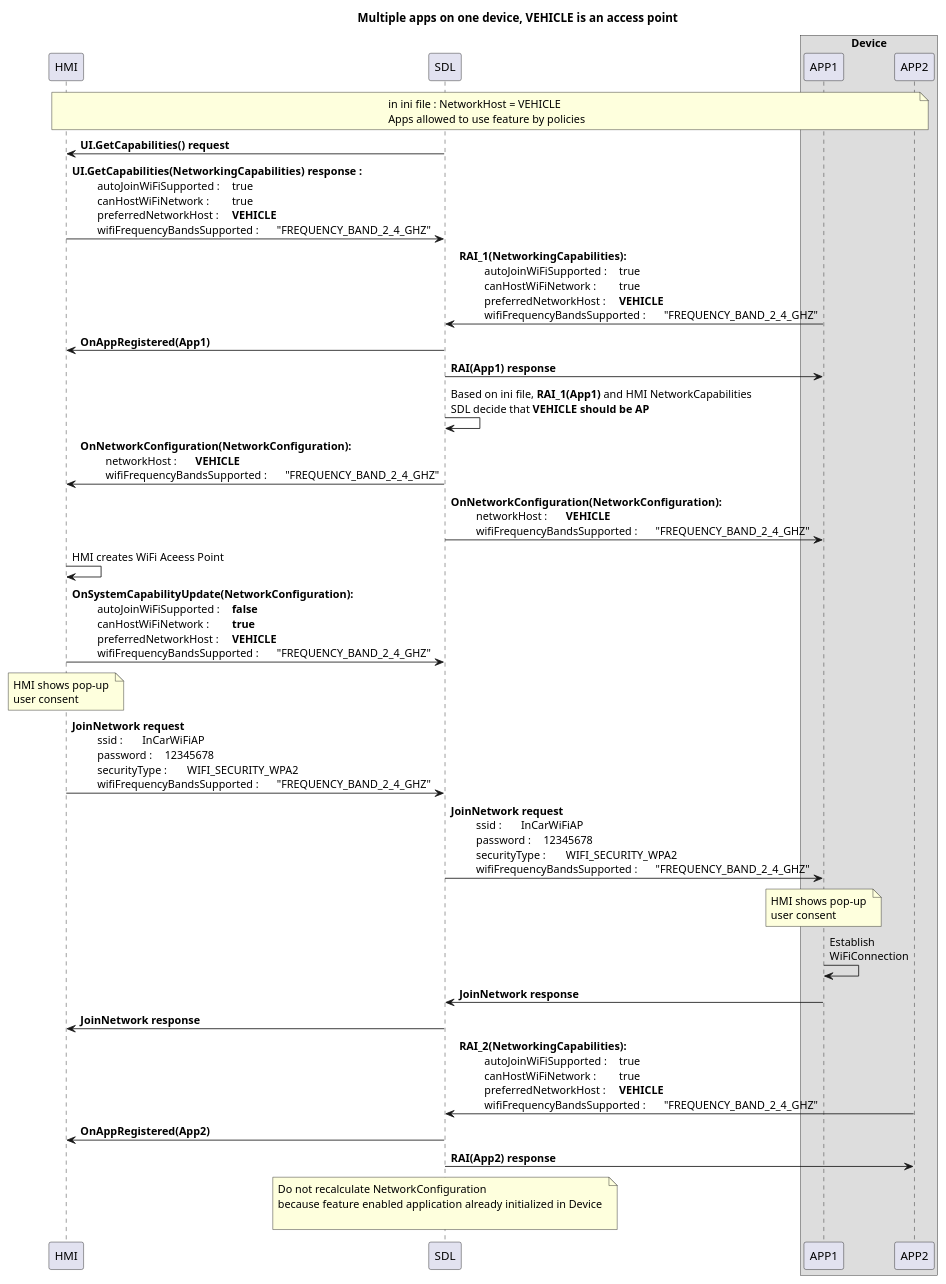
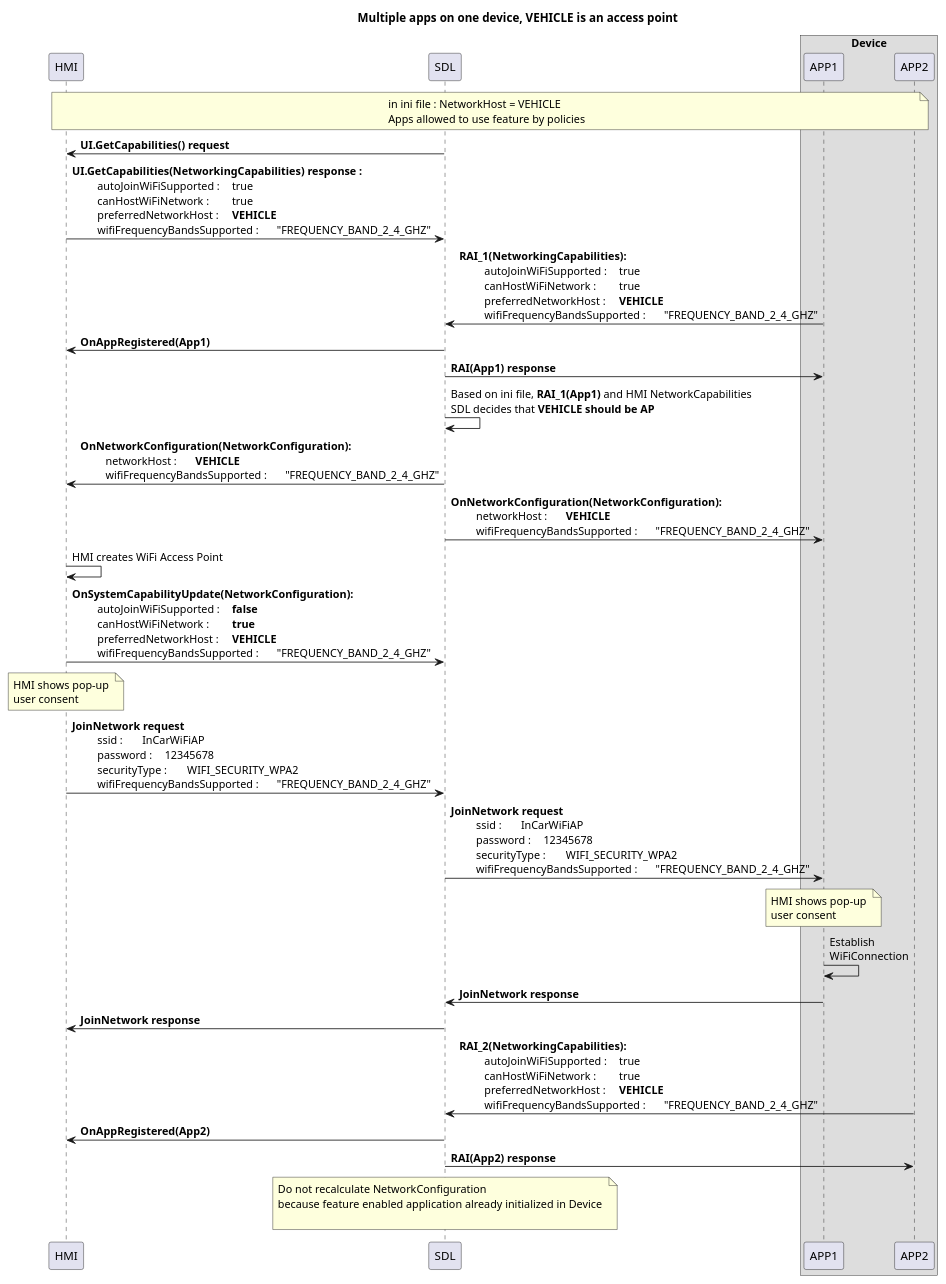
The diagram in assets/proposals/0245-sharing-wifi-ssid-and-password/vehicle_access_point_multiapps.puml (smartdevicelink/sdl_evolution), drawn with PlantUML before and after one commit. The commit also changed 8 other files, not shown here.

```diff
--- a/assets/proposals/0245-sharing-wifi-ssid-and-password/vehicle_access_point_multiapps.puml
+++ b/assets/proposals/0245-sharing-wifi-ssid-and-password/vehicle_access_point_multiapps.puml
@@ -1,90 +1,90 @@
 @startuml
 !pragma teoz true
 
 
 title Multiple apps on one device, VEHICLE is an access point
 participant HMI
 participant SDL
 box "Device"
 participant APP1
 participant APP2
 end box
 
 note over HMI, APP2: in ini file : NetworkHost = VEHICLE \n\
 Apps allowed to use feature by policies
 
 SDL -> HMI : <b>UI.GetCapabilities() request
 HMI -> SDL : <b>UI.GetCapabilities(NetworkingCapabilities) response : \n\
 \t autoJoinWiFiSupported : \t true \n\
 \t canHostWiFiNetwork : \t true \n\
 \t preferredNetworkHost : \t **VEHICLE** \n\
 \t wifiFrequencyBandsSupported : \t "FREQUENCY_BAND_2_4_GHZ" 
 
 
 APP1 -> SDL : <b>RAI_1(NetworkingCapabilities): \n\
 \t autoJoinWiFiSupported : \t true \n\
 \t canHostWiFiNetwork : \t true \n\
 \t preferredNetworkHost : \t **VEHICLE** \n\
 \t wifiFrequencyBandsSupported : \t "FREQUENCY_BAND_2_4_GHZ" 
 
 SDL -> HMI : <b>OnAppRegistered(App1) 
 SDL -> APP1 : <b>RAI(App1) response 
 
 SDL -> SDL : Based on ini file, **RAI_1(App1)** and HMI NetworkCapabilities\n\
-SDL decide that **VEHICLE should be AP** 
+SDL decides that **VEHICLE should be AP** 
 
 SDL -> HMI:  <b>OnNetworkConfiguration(NetworkConfiguration): \n\
 \t networkHost : \t **VEHICLE** \n\
 \t wifiFrequencyBandsSupported : \t "FREQUENCY_BAND_2_4_GHZ" 
 
 SDL -> APP1:  <b>OnNetworkConfiguration(NetworkConfiguration): \n\
 \t networkHost : \t **VEHICLE** \n\
 \t wifiFrequencyBandsSupported : \t "FREQUENCY_BAND_2_4_GHZ"
 
 
-HMI -> HMI : HMI creates WiFi Aceess Point
+HMI -> HMI : HMI creates WiFi Access Point
 
 HMI -> SDL:  <b>OnSystemCapabilityUpdate(NetworkConfiguration): \n\
 \t autoJoinWiFiSupported : \t **false** \n\
 \t canHostWiFiNetwork : \t **true**  \n\
 \t preferredNetworkHost : \t **VEHICLE** \n\
 \t wifiFrequencyBandsSupported : \t "FREQUENCY_BAND_2_4_GHZ" 
 
 note over HMI: HMI shows pop-up \n\
 user consent 
 
 HMI -> SDL: <b>JoinNetwork request \n\
 \t ssid : \t InCarWiFiAP \n\
 \t password : \t 12345678 \n\
 \t securityType : \t WIFI_SECURITY_WPA2 \n\
 \t wifiFrequencyBandsSupported : \t "FREQUENCY_BAND_2_4_GHZ" 
 
 SDL -> APP1: <b>JoinNetwork request \n\
 \t ssid : \t InCarWiFiAP \n\
 \t password : \t 12345678 \n\
 \t securityType : \t WIFI_SECURITY_WPA2 \n\
 \t wifiFrequencyBandsSupported : \t "FREQUENCY_BAND_2_4_GHZ" 
 
 note over APP1: HMI shows pop-up \n\
 user consent 
 
 APP1 -> APP1 : Establish  \n\
 WiFiConnection
 
 APP1 -> SDL : <b>JoinNetwork response
 SDL -> HMI : <b>JoinNetwork response
 
 APP2 -> SDL : <b>RAI_2(NetworkingCapabilities): \n\
 \t autoJoinWiFiSupported : \t true \n\
 \t canHostWiFiNetwork : \t true \n\
 \t preferredNetworkHost : \t **VEHICLE** \n\
 \t wifiFrequencyBandsSupported : \t "FREQUENCY_BAND_2_4_GHZ" 
 
 
 SDL -> HMI : <b>OnAppRegistered(App2) 
 SDL -> APP2 : <b>RAI(App2) response 
 
 note over SDL : Do not recalculate NetworkConfiguration \n\
 because feature enabled application already initialized in Device \n\
 
 @enduml
```
